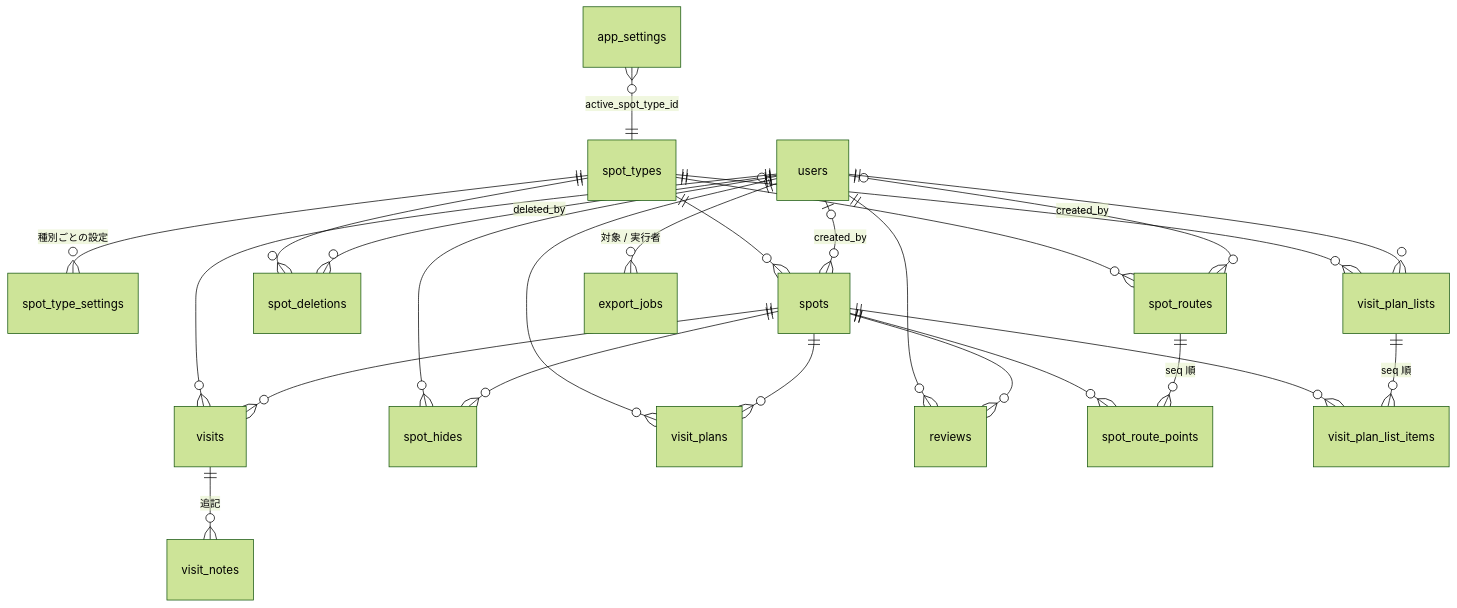
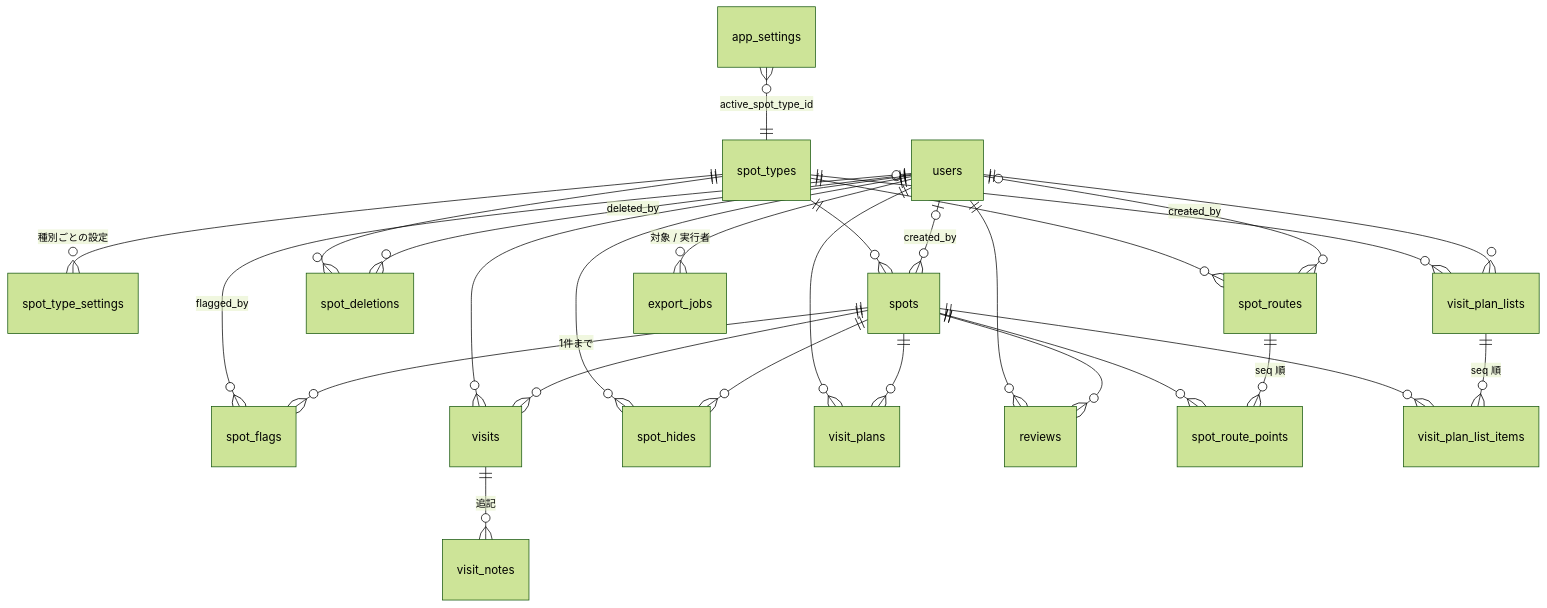
Before and after one commit to rtcode337/travel-log: the first of 5 diagrams in docs/database.md, drawn with Mermaid (forest theme). The commit also changed other lines of this file and 10 other files, not shown here.

````diff
--- a/docs/database.md
+++ b/docs/database.md
@@ -19,30 +19,32 @@
 ```mermaid
 erDiagram
     spot_types ||--o{ spot_type_settings : "種別ごとの設定"
     spot_types ||--o{ spots : ""
     spot_types ||--o{ spot_deletions : ""
     spot_types ||--o{ spot_routes : ""
     spot_types ||--o{ visit_plan_lists : ""
     app_settings }o--|| spot_types : "active_spot_type_id"
 
     users |o--o{ spots : "created_by"
     users |o--o{ spot_routes : "created_by"
     users |o--o{ spot_deletions : "deleted_by"
+    users |o--o{ spot_flags : "flagged_by"
     users ||--o{ visits : ""
     users ||--o{ spot_hides : ""
     users ||--o{ visit_plans : ""
     users ||--o{ visit_plan_lists : ""
     users ||--o{ export_jobs : "対象 / 実行者"
     users ||--o{ reviews : ""
 
     spots ||--o{ spot_route_points : ""
     spots ||--o{ visits : ""
     spots ||--o{ spot_hides : ""
+    spots ||--o{ spot_flags : "1件まで"
     spots ||--o{ visit_plans : ""
     spots ||--o{ visit_plan_list_items : ""
     spots ||--o{ reviews : ""
     visits ||--o{ visit_notes : "追記"
 
     spot_routes ||--o{ spot_route_points : "seq 順"
     visit_plan_lists ||--o{ visit_plan_list_items : "seq 順"
 ```
````
